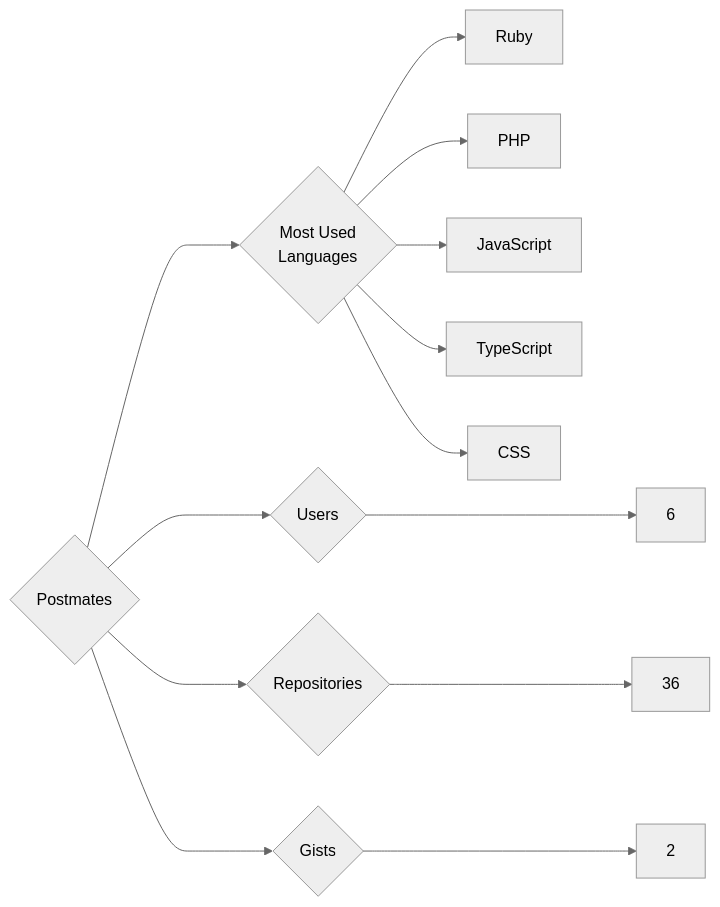
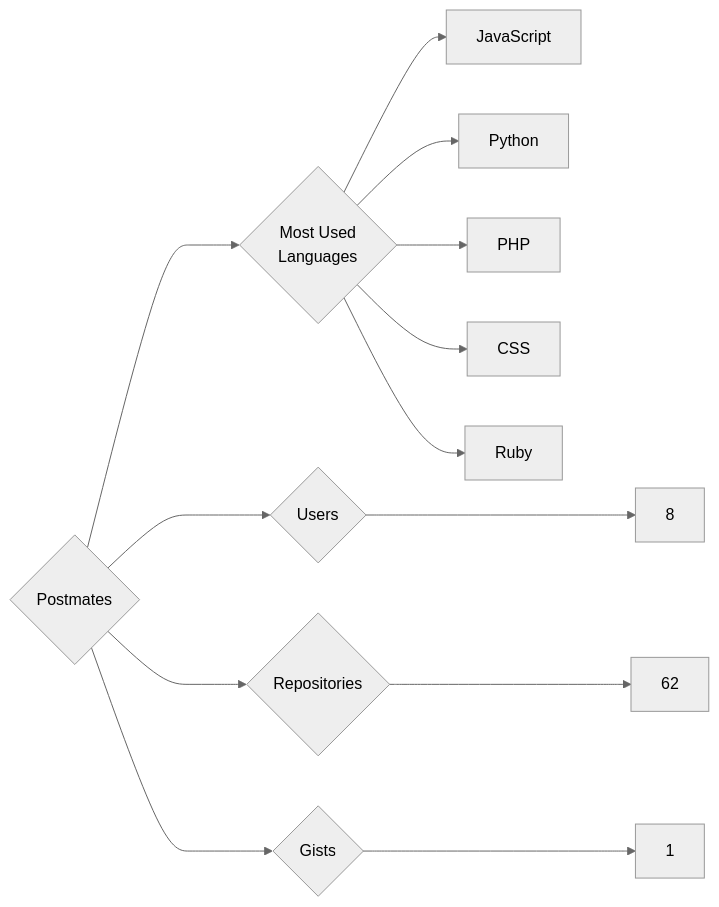
One commit to trickest/insiders changed the diagram in targets/Postmates/README.md. Above: the diagram before and after it, drawn with Mermaid (neutral theme). The commit also changed 806 other files, not shown here.

````diff
--- a/targets/Postmates/README.md
+++ b/targets/Postmates/README.md
@@ -3,13 +3,13 @@
 ```mermaid
 graph LR
 COMPANY_NAME{Postmates}
-COMPANY_NAME ---> U{Users} ---> UN[6]
-COMPANY_NAME ---> R{Repositories} ---> RN[36]
-COMPANY_NAME ---> G{Gists} ---> GN[2]
+COMPANY_NAME ---> U{Users} ---> UN[8]
+COMPANY_NAME ---> R{Repositories} ---> RN[62]
+COMPANY_NAME ---> G{Gists} ---> GN[1]
 COMPANY_NAME ---> ML{Most Used<br>Languages}
+ML --> JavaScript[JavaScript]
+ML --> Python[Python]
+ML --> PHP[PHP]
+ML --> CSS[CSS]
 ML --> Ruby[Ruby]
-ML --> PHP[PHP]
-ML --> JavaScript[JavaScript]
-ML --> TypeScript[TypeScript]
-ML --> CSS[CSS]
 ```
````
